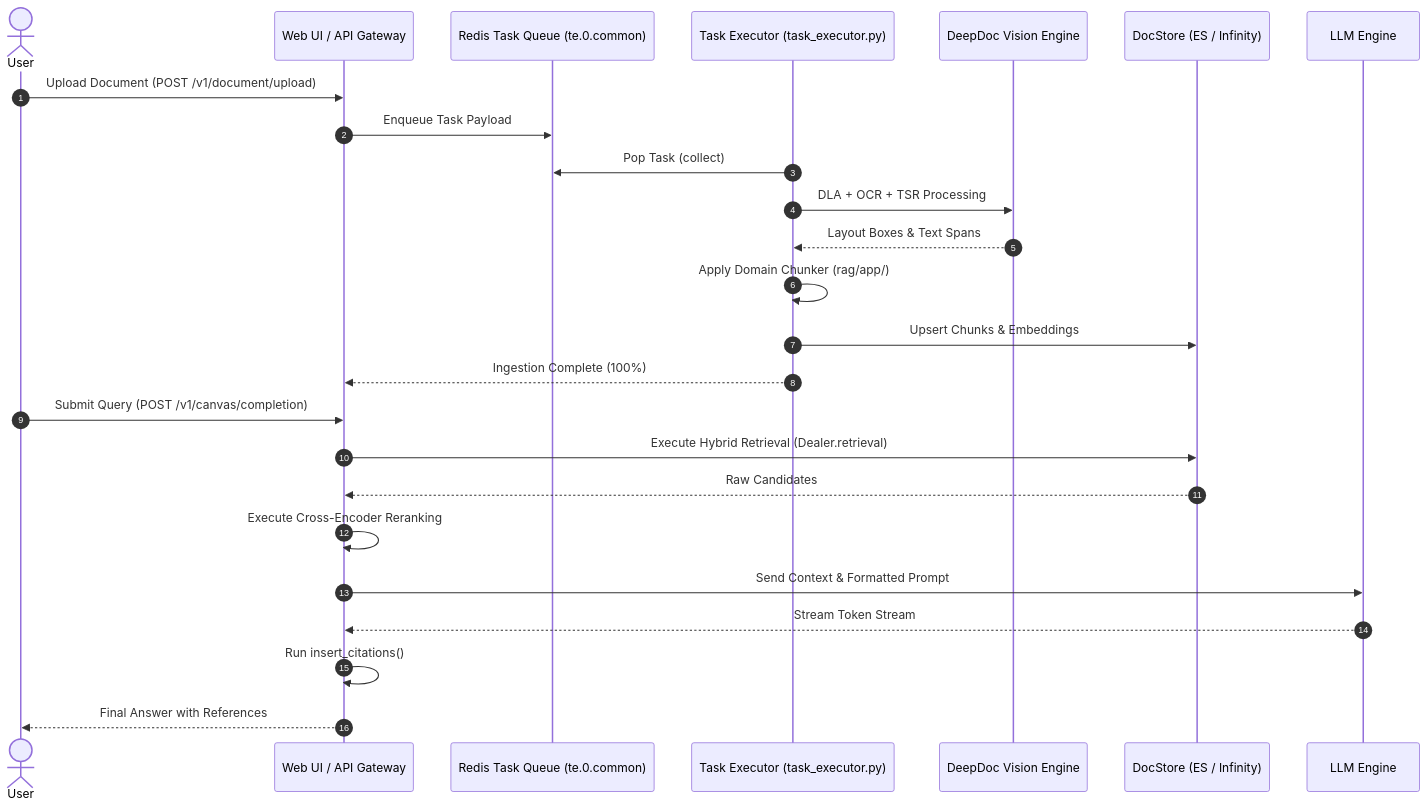
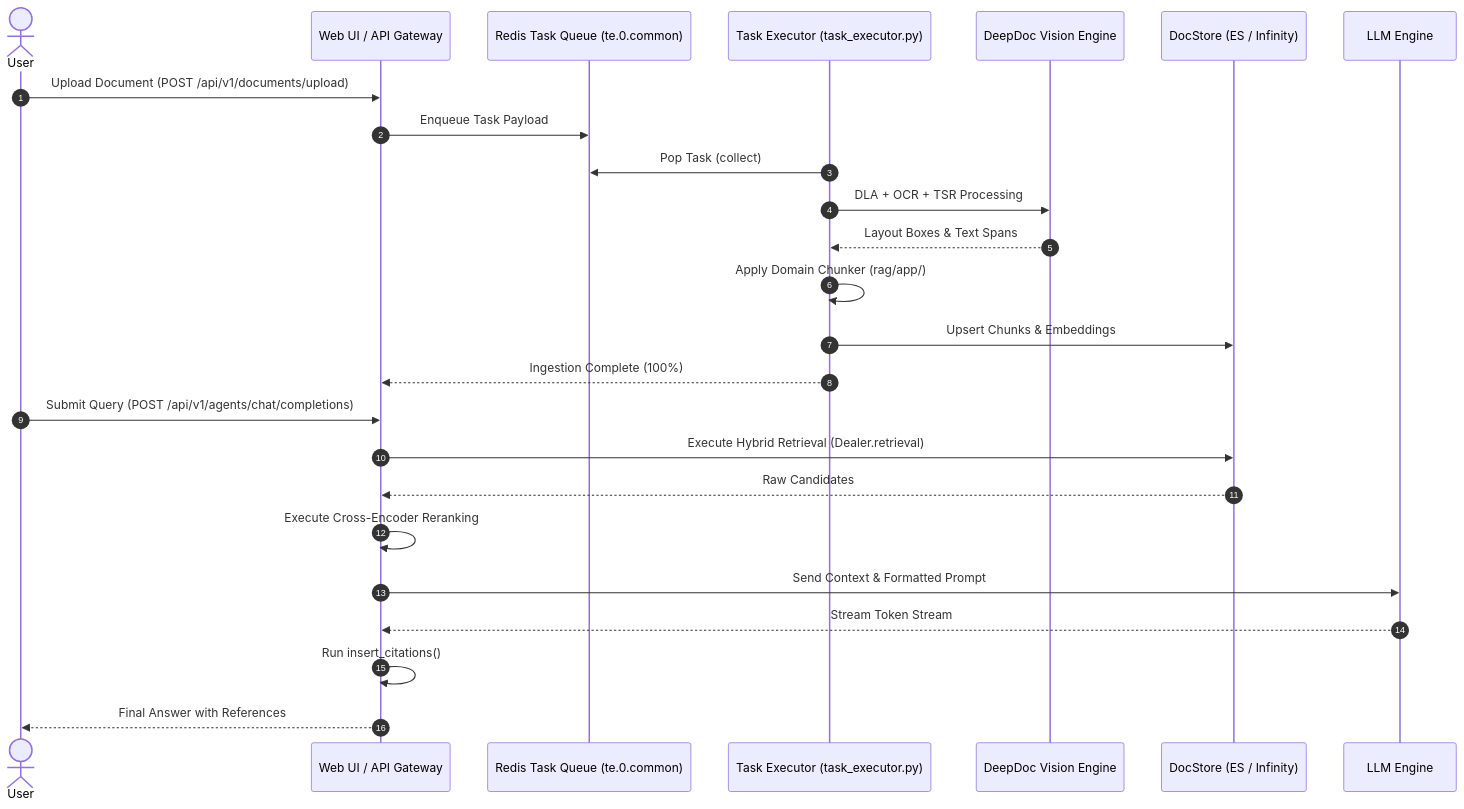
One commit to 6sLOGAN78/devRAG changed the diagram in ragflow-docs/05-rag-pipeline/complete-rag-flow.md. Above: the diagram before and after it, drawn with Mermaid. The commit also changed 35 other files, not shown here.

````diff
--- a/ragflow-docs/05-rag-pipeline/complete-rag-flow.md
+++ b/ragflow-docs/05-rag-pipeline/complete-rag-flow.md
@@ -13,29 +13,29 @@
 ```mermaid
 sequenceDiagram
     autonumber
     actor User
     participant WebUI as Web UI / API Gateway
     participant TaskQueue as Redis Task Queue (te.0.common)
     participant Worker as Task Executor (task_executor.py)
     participant DeepDoc as DeepDoc Vision Engine
     participant DocStore as DocStore (ES / Infinity)
     participant LLM as LLM Engine
 
-    User->>WebUI: Upload Document (POST /v1/document/upload)
+    User->>WebUI: Upload Document (POST /api/v1/documents/upload)
     WebUI->>TaskQueue: Enqueue Task Payload
     Worker->>TaskQueue: Pop Task (collect)
     Worker->>DeepDoc: DLA + OCR + TSR Processing
     DeepDoc-->>Worker: Layout Boxes & Text Spans
     Worker->>Worker: Apply Domain Chunker (rag/app/)
     Worker->>DocStore: Upsert Chunks & Embeddings
     Worker-->>WebUI: Ingestion Complete (100%)
     
-    User->>WebUI: Submit Query (POST /v1/canvas/completion)
+    User->>WebUI: Submit Query (POST /api/v1/agents/chat/completions)
     WebUI->>DocStore: Execute Hybrid Retrieval (Dealer.retrieval)
     DocStore-->>WebUI: Raw Candidates
     WebUI->>WebUI: Execute Cross-Encoder Reranking
     WebUI->>LLM: Send Context & Formatted Prompt
     LLM-->>WebUI: Stream Token Stream
     WebUI->>WebUI: Run insert_citations()
     WebUI-->>User: Final Answer with References
 ```
````
